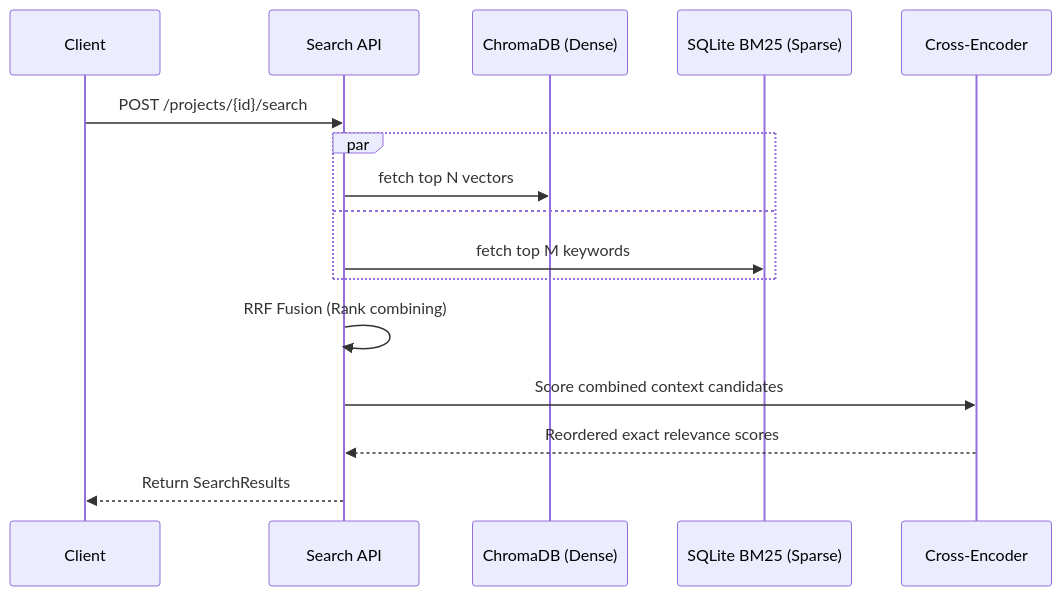
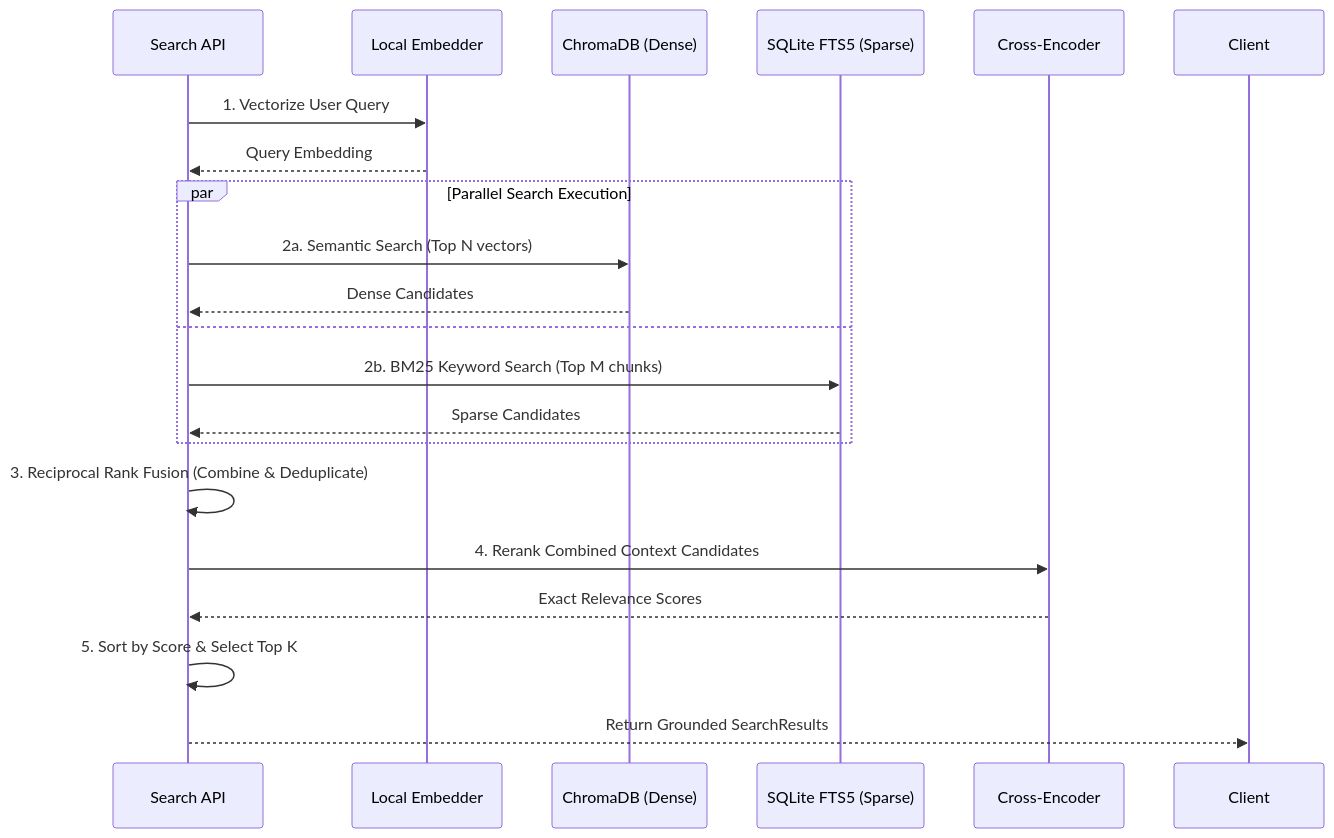
One commit to GwadeSteve/VERO changed the second of 3 diagrams in API_Guide.md. Above: the diagram before and after it, drawn with Mermaid. The commit also changed other lines of this file and 2 other files, not shown here.

First line of the commit message:
docs: finalize sota documentation overhaul with high-accuracy technical diagrams

````diff
--- a/API_Guide.md
+++ b/API_Guide.md
@@ -139,19 +166,27 @@
 ```mermaid
 sequenceDiagram
-    participant C as Client
     participant API as Search API
-    participant V as ChromaDB (Dense)
-    participant B as SQLite BM25 (Sparse)
+    participant Emb as Local Embedder
+    participant Vec as ChromaDB (Dense)
+    participant SQL as SQLite FTS5 (Sparse)
     participant CE as Cross-Encoder
 
-    C->>API: POST /projects/{id}/search
-    par 
-        API->>V: fetch top N vectors
+    API->>Emb: 1. Vectorize User Query
+    Emb-->>API: Query Embedding
+    
+    par Parallel Search Execution
+        API->>Vec: 2a. Semantic Search (Top N vectors)
+        Vec-->>API: Dense Candidates
     and
-        API->>B: fetch top M keywords
+        API->>SQL: 2b. BM25 Keyword Search (Top M chunks)
+        SQL-->>API: Sparse Candidates
     end
-    API->>API: RRF Fusion (Rank combining)
-    API->>CE: Score combined context candidates
-    CE-->>API: Reordered exact relevance scores
-    API-->>C: Return SearchResults
+
+    API->>API: 3. Reciprocal Rank Fusion (Combine & Deduplicate)
+    
+    API->>CE: 4. Rerank Combined Context Candidates
+    CE-->>API: Exact Relevance Scores
+    
+    API->>API: 5. Sort by Score & Select Top K
+    API-->>Client: Return Grounded SearchResults
 ```
````
